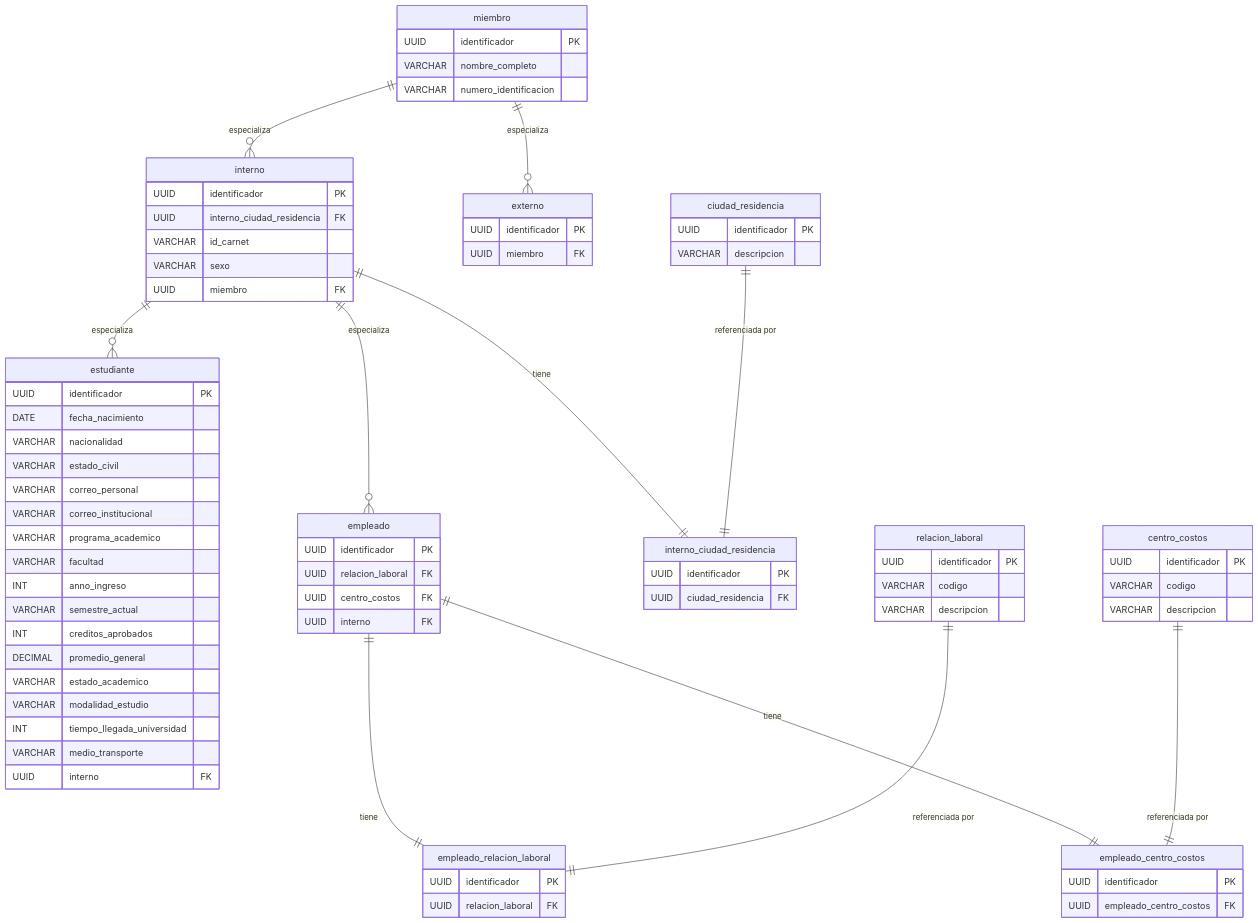
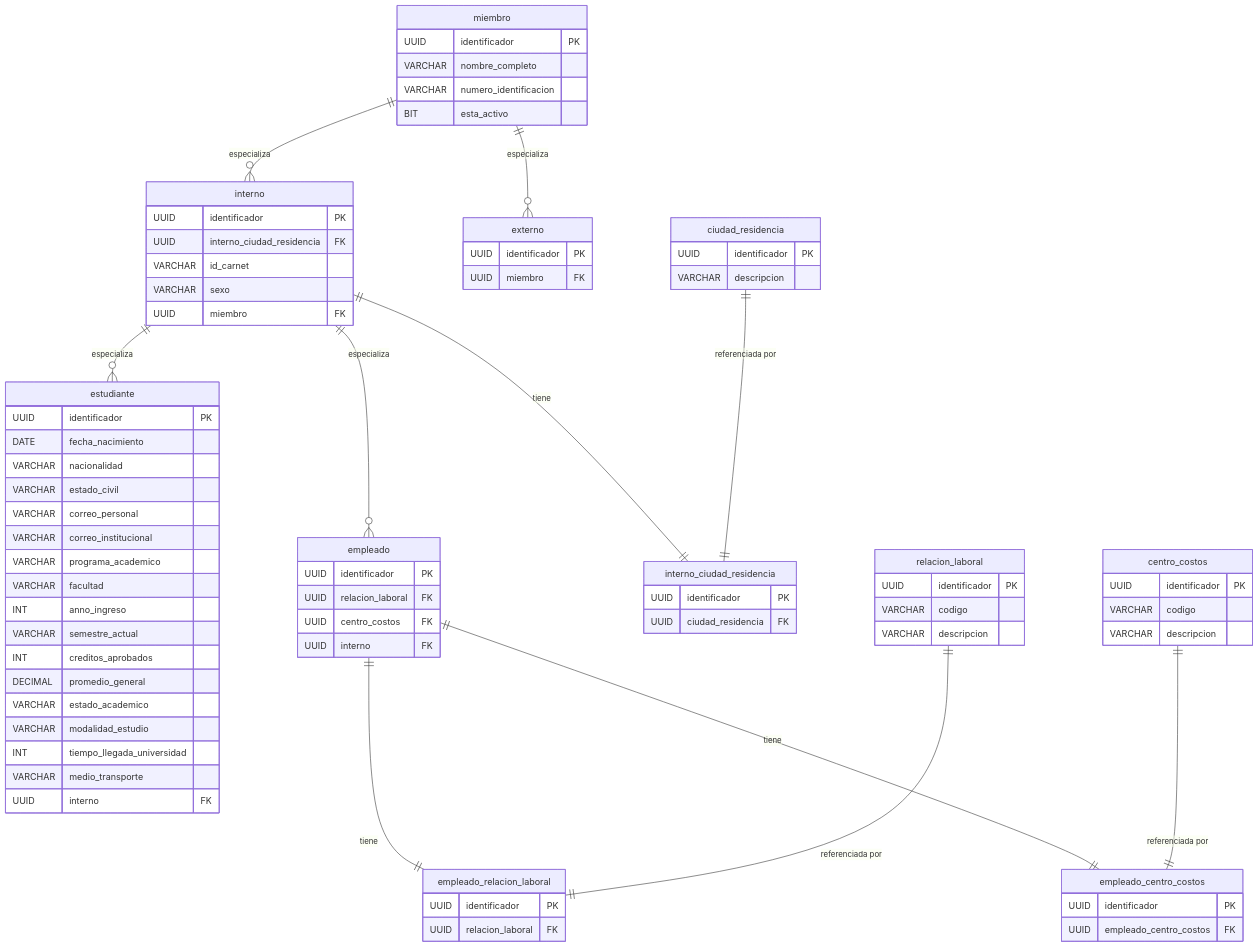
The sixth of 7 diagrams in docs/artifacts/24.diagrama_del_modelo_entidad_relacion.md (sibeuco/DocumentacionSibe), drawn with Mermaid before and after one commit. The commit also changed other lines of this file and 5 other files, not shown here.

```diff
--- a/docs/artifacts/24.diagrama_del_modelo_entidad_relacion.md
+++ b/docs/artifacts/24.diagrama_del_modelo_entidad_relacion.md
@@ -450,6 +454,7 @@
         UUID identificador PK
         VARCHAR nombre_completo
         VARCHAR numero_identificacion
+        BIT esta_activo
     }
 
     interno {
```
